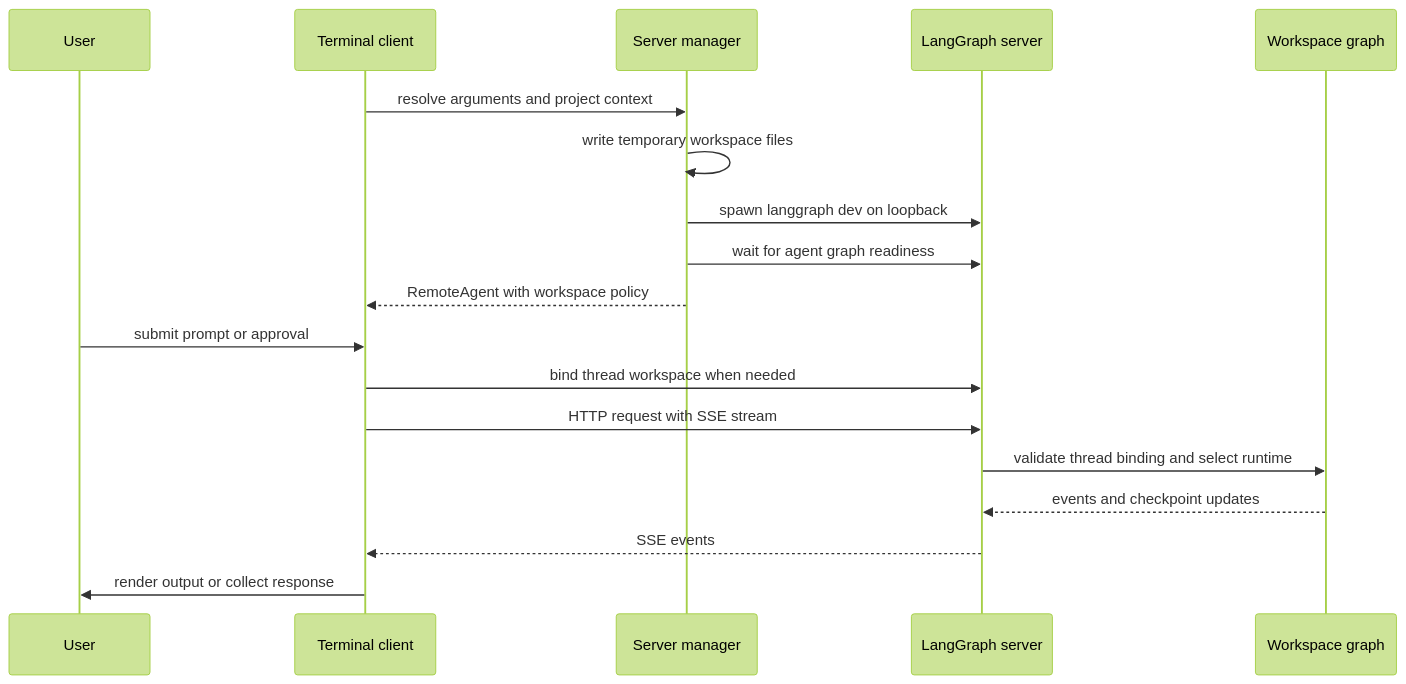
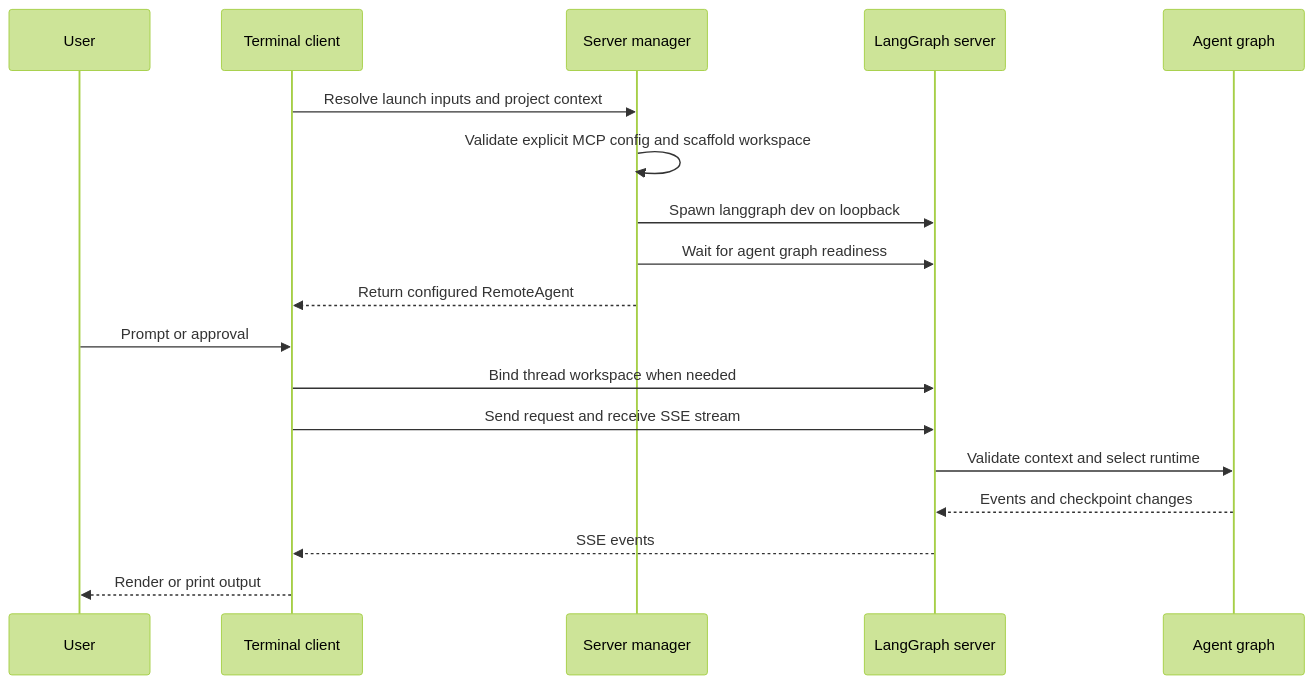
One commit to langchain-ai/deepagents changed the diagram in openwiki/architecture/code-agent.md. Above: the diagram before and after it, drawn with Mermaid (forest theme). The commit also changed other lines of this file and 136 other files, not shown here.

````diff
--- a/openwiki/architecture/code-agent.md
+++ b/openwiki/architecture/code-agent.md
@@ -52,21 +56,21 @@
 ```mermaid
 sequenceDiagram
     participant User
     participant Client as Terminal client
     participant Manager as Server manager
     participant Server as LangGraph server
-    participant Graph as Workspace graph
+    participant Graph as Agent graph
 
-    Client->>Manager: resolve arguments and project context
-    Manager->>Manager: write temporary workspace files
-    Manager->>Server: spawn langgraph dev on loopback
-    Manager->>Server: wait for agent graph readiness
-    Manager-->>Client: RemoteAgent with workspace policy
-    User->>Client: submit prompt or approval
-    Client->>Server: bind thread workspace when needed
-    Client->>Server: HTTP request with SSE stream
-    Server->>Graph: validate thread binding and select runtime
-    Graph-->>Server: events and checkpoint updates
+    Client->>Manager: Resolve launch inputs and project context
+    Manager->>Manager: Validate explicit MCP config and scaffold workspace
+    Manager->>Server: Spawn langgraph dev on loopback
+    Manager->>Server: Wait for agent graph readiness
+    Manager-->>Client: Return configured RemoteAgent
+    User->>Client: Prompt or approval
+    Client->>Server: Bind thread workspace when needed
+    Client->>Server: Send request and receive SSE stream
+    Server->>Graph: Validate context and select runtime
+    Graph-->>Server: Events and checkpoint changes
     Server-->>Client: SSE events
-    Client->>User: render output or collect response
+    Client-->>User: Render or print output
 ```
````
